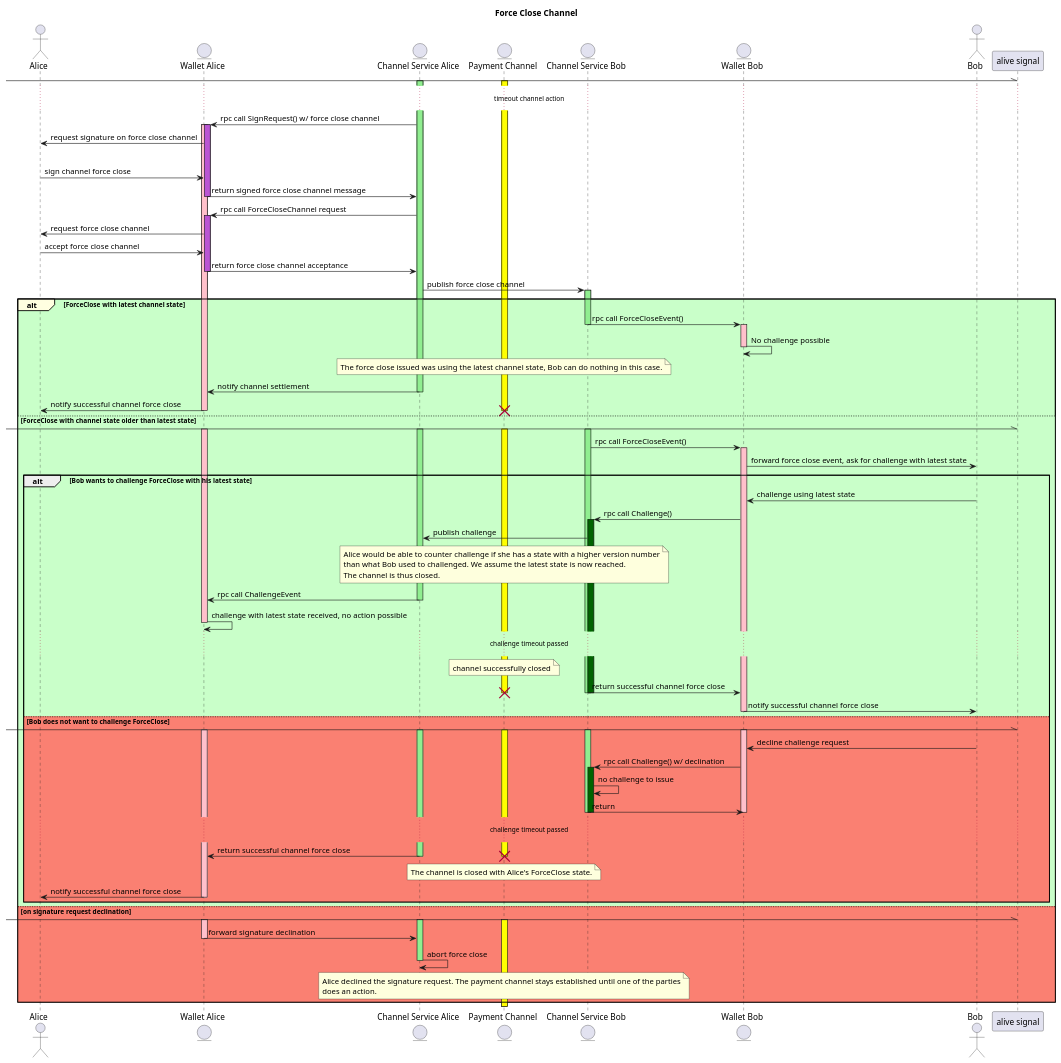
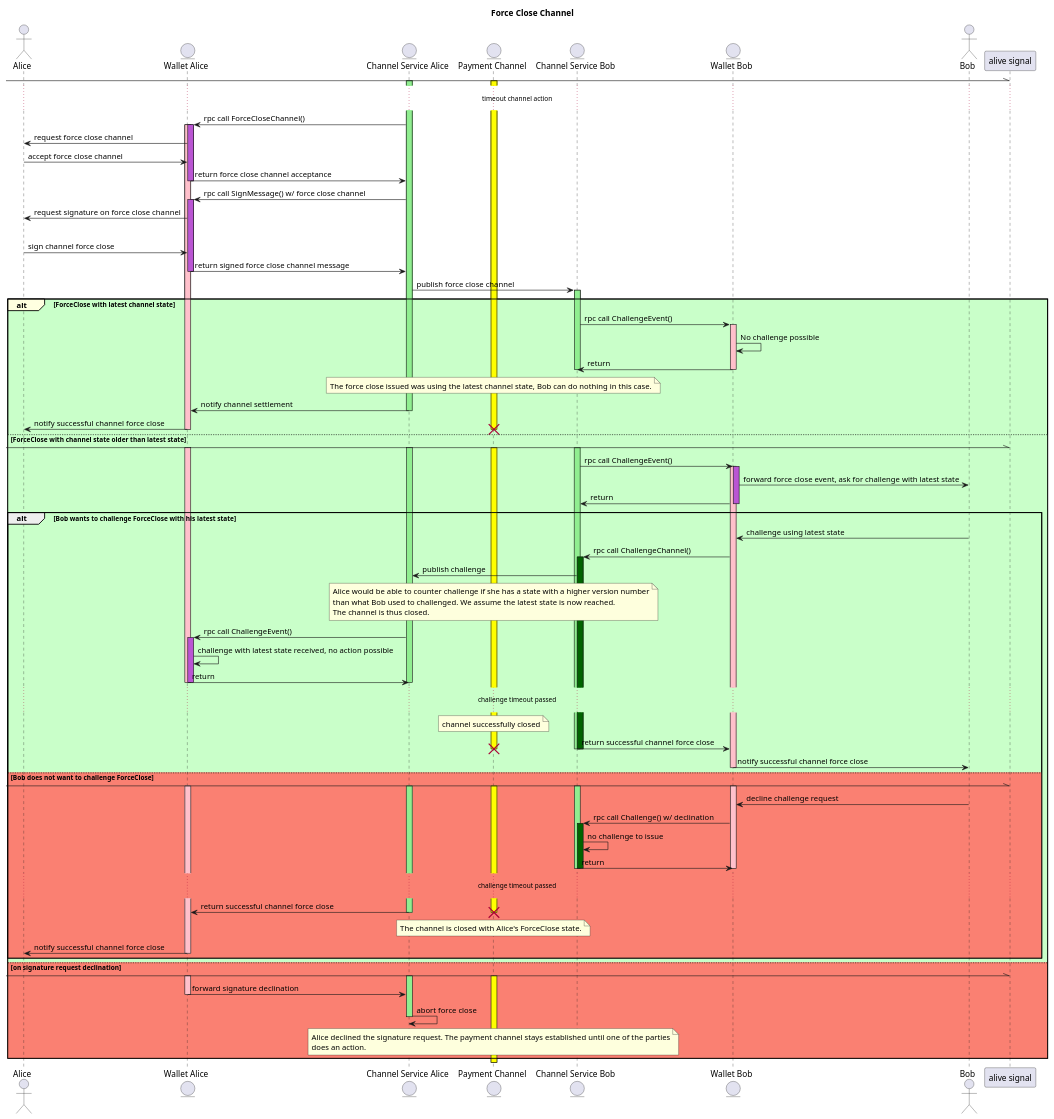
The diagram in src/sequence-force-close.pu (perun-network/perun-wallet-spec), drawn with PlantUML before and after one commit.

Commit message:
sequence: Boyscout rpc call naming and order of actions

```diff
--- a/src/sequence-force-close.pu
+++ b/src/sequence-force-close.pu
@@ -1,118 +1,125 @@
 @startuml
 actor Alice as A
 entity "Wallet Alice" as WA
 entity "Channel Service Alice" as CSA
 entity "Payment Channel" as PC
 entity "Channel Service Bob" as CSB
 entity "Wallet Bob" as WB
 actor Bob as B
 
 title Force Close Channel
 
 [-\\ "alive signal"
 activate PC #yellow
 activate CSA #lightgreen
 ...timeout channel action...
-CSA -> WA : rpc call SignRequest() w/ force close channel
+CSA -> WA : rpc call ForceCloseChannel()
 activate WA #pink
+activate WA #mediumorchid
+WA -> A : request force close channel
+A -> WA : accept force close channel
+WA -> CSA : return force close channel acceptance
+deactivate WA
+CSA -> WA : rpc call SignMessage() w/ force close channel
 activate WA #mediumorchid
 WA -> A : request signature on force close channel
 alt#gold #lightblue on signature request acceptance
   A -> WA : sign channel force close
   WA -> CSA : return signed force close channel message
   deactivate WA
-  CSA -> WA : rpc call ForceCloseChannel request
-  activate WA #mediumorchid
-  WA -> A : request force close channel
-  A -> WA : accept force close channel
-  WA -> CSA : return force close channel acceptance
-  deactivate WA
   CSA -> CSB : publish force close channel
   activate CSB #lightgreen
   alt#lightyellow #technology ForceClose with latest channel state
-    CSB -> WB : rpc call ForceCloseEvent()
-    deactivate CSB
+    CSB -> WB : rpc call ChallengeEvent()
     activate WB #pink
     WB -> WB : No challenge possible
+    WB -> CSB : return
+    deactivate CSB
     deactivate WB
     note over PC
     The force close issued was using the latest channel state, Bob can do nothing in this case.
     end note
     CSA -> WA : notify channel settlement
     deactivate CSA
     WA -> A : notify successful channel force close
     deactivate WA
     destroy PC
   else #technology ForceClose with channel state older than latest state
     [-\\ "alive signal"
     activate PC #yellow
     activate WA #pink
     activate CSA #lightgreen
     activate CSB #lightgreen
-    CSB -> WB : rpc call ForceCloseEvent()
+    CSB -> WB : rpc call ChallengeEvent()
     activate WB #pink
+    activate WB #mediumorchid
     WB -> B : forward force close event, ask for challenge with latest state
+    WB -> CSB : return
+    deactivate WB
     alt Bob wants to challenge ForceClose with his latest state
       B -> WB : challenge using latest state
-      WB -> CSB : rpc call Challenge()
+      WB -> CSB : rpc call ChallengeChannel()
       activate CSB #darkgreen
       CSB -> CSA : publish challenge
       note over PC
       Alice would be able to counter challenge if she has a state with a higher version number
       than what Bob used to challenged. We assume the latest state is now reached.
       The channel is thus closed.
       end note
-      CSA -> WA : rpc call ChallengeEvent
+      CSA -> WA : rpc call ChallengeEvent()
+      activate WA #mediumorchid
+      WA -> WA : challenge with latest state received, no action possible
+      WA -> CSA : return
       deactivate CSA
-      WA -> WA : challenge with latest state received, no action possible
+      deactivate WA
       deactivate WA
       ...challenge timeout passed...
       note over PC : channel successfully closed
       CSB -> WB : return successful channel force close
       deactivate CSB
       destroy PC
       deactivate CSB
       WB -> B : notify successful channel force close
       deactivate WB
     else #salmon Bob does not want to challenge ForceClose
       [-\\ "alive signal"
       activate CSA #lightgreen
       activate CSB #lightgreen
       activate WB #pink
       activate WA #pink
       activate PC #yellow
       B -> WB : decline challenge request
       WB -> CSB : rpc call Challenge() w/ declination
       activate CSB #darkgreen
       CSB -> CSB : no challenge to issue
       CSB -> WB : return
       deactivate WB
       deactivate CSB
       deactivate CSB
       ...challenge timeout passed...
       CSA -> WA : return successful channel force close
       deactivate CSA
       note over PC
       The channel is closed with Alice's ForceClose state.
       end note
       destroy PC
       WA -> A : notify successful channel force close
       deactivate WA
     end
 else #salmon on signature request declination
   [-\\ "alive signal"
   activate WA #pink
   activate CSA #lightgreen
   activate PC #yellow
   WA -> CSA : forward signature declination
   deactivate WA
   CSA -> CSA : abort force close
   deactivate CSA
   note over PC
   Alice declined the signature request. The payment channel stays established until one of the parties
   does an action.
   end note
 end
 deactivate PC
 
 @enduml
```
